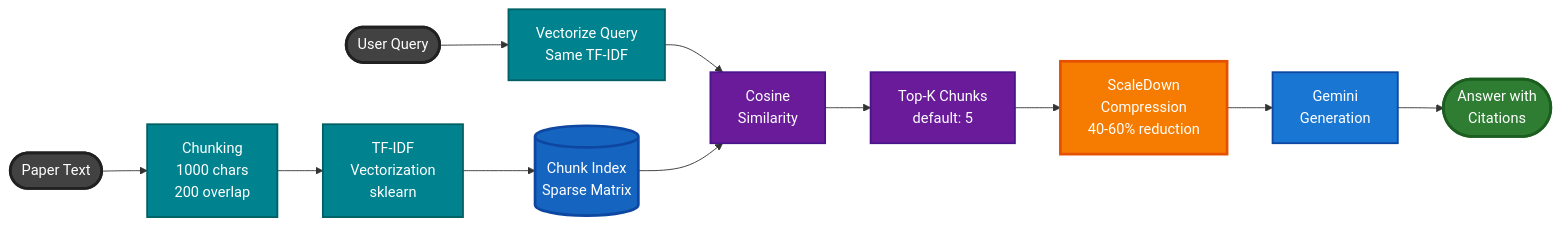
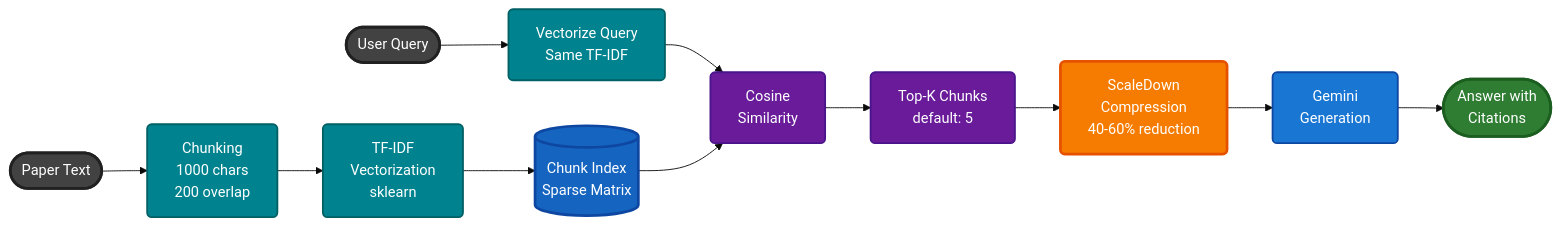
One commit to invaderinvalid/RAG changed the fifth of 8 diagrams in README.md. Above: the diagram before and after it, drawn with Mermaid. The commit also changed other lines of this file, not shown here.

````diff
--- a/README.md
+++ b/README.md
@@ -480,29 +473,30 @@
 ```mermaid
+%%{init: {'theme':'base','themeVariables':{'fontFamily':'sans-serif'}}}%%
 flowchart LR
     Paper([Paper Text]) --> Chunk[Chunking<br/>1000 chars<br/>200 overlap]
     
     Chunk --> Vec[TF-IDF<br/>Vectorization<br/>sklearn]
     Vec --> Index[(Chunk Index<br/>Sparse Matrix)]
     
     Query([User Query]) --> QVec[Vectorize Query<br/>Same TF-IDF]
     QVec --> Sim[Cosine<br/>Similarity]
     Index --> Sim
     
     Sim --> TopK[Top-K Chunks<br/>default: 5]
     TopK --> Compress[ScaleDown<br/>Compression<br/>40-60% reduction]
     
     Compress --> LLM[Gemini<br/>Generation]
     LLM --> Answer([Answer with<br/>Citations])
     
-    style Paper fill:#424242,stroke:#212121,stroke-width:3px,color:#fff
-    style Query fill:#424242,stroke:#212121,stroke-width:3px,color:#fff
-    style Index fill:#1565c0,stroke:#0d47a1,stroke-width:3px,color:#fff
-    style Compress fill:#f57c00,stroke:#e65100,stroke-width:3px,color:#fff
-    style Answer fill:#2e7d32,stroke:#1b5e20,stroke-width:3px,color:#fff
-    style Chunk fill:#00838f,stroke:#006064,stroke-width:2px,color:#fff
-    style Vec fill:#00838f,stroke:#006064,stroke-width:2px,color:#fff
-    style QVec fill:#00838f,stroke:#006064,stroke-width:2px,color:#fff
-    style Sim fill:#6a1b9a,stroke:#4a148c,stroke-width:2px,color:#fff
-    style TopK fill:#6a1b9a,stroke:#4a148c,stroke-width:2px,color:#fff
-    style LLM fill:#1976d2,stroke:#0d47a1,stroke-width:2px,color:#fff
+    style Paper fill:#424242,stroke:#212121,stroke-width:3px,color:#fff,rx:10,ry:10
+    style Query fill:#424242,stroke:#212121,stroke-width:3px,color:#fff,rx:10,ry:10
+    style Index fill:#1565c0,stroke:#0d47a1,stroke-width:3px,color:#fff,rx:5,ry:5
+    style Compress fill:#f57c00,stroke:#e65100,stroke-width:3px,color:#fff,rx:5,ry:5
+    style Answer fill:#2e7d32,stroke:#1b5e20,stroke-width:3px,color:#fff,rx:10,ry:10
+    style Chunk fill:#00838f,stroke:#006064,stroke-width:2px,color:#fff,rx:5,ry:5
+    style Vec fill:#00838f,stroke:#006064,stroke-width:2px,color:#fff,rx:5,ry:5
+    style QVec fill:#00838f,stroke:#006064,stroke-width:2px,color:#fff,rx:5,ry:5
+    style Sim fill:#6a1b9a,stroke:#4a148c,stroke-width:2px,color:#fff,rx:5,ry:5
+    style TopK fill:#6a1b9a,stroke:#4a148c,stroke-width:2px,color:#fff,rx:5,ry:5
+    style LLM fill:#1976d2,stroke:#0d47a1,stroke-width:2px,color:#fff,rx:5,ry:5
 ```
````
